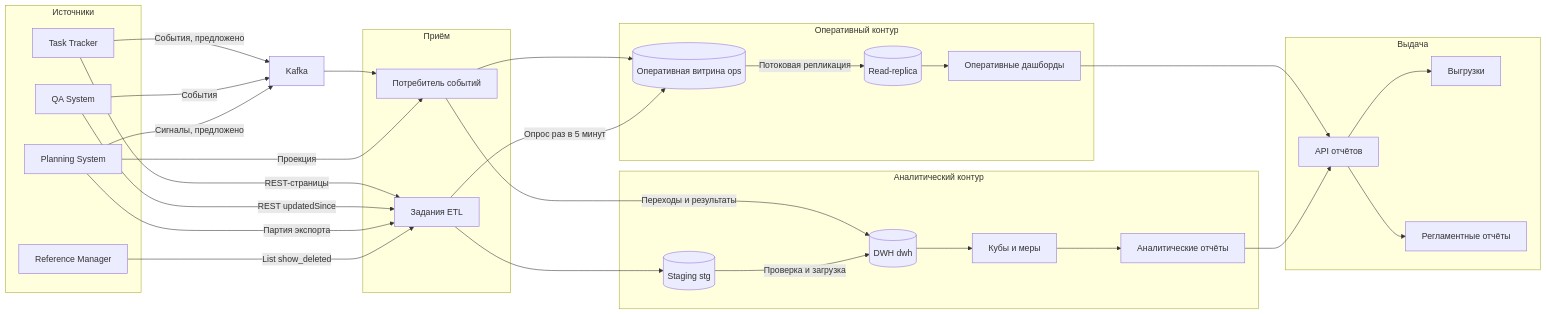
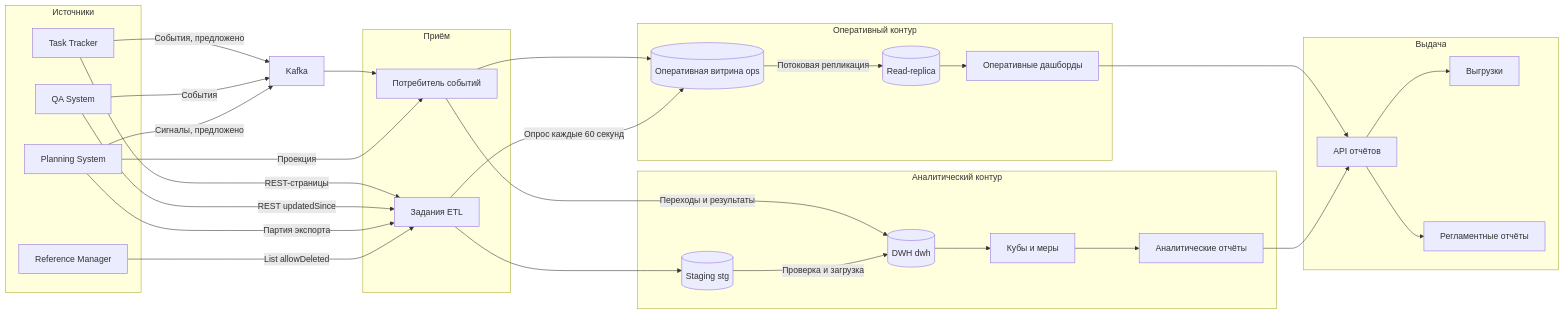
One commit to MEPhI-C22-501/arch-info-system-monorepo changed the first of 3 diagrams in reports/docs/146.logic-scheme.md. Above: the diagram before and after it, drawn with Mermaid. The commit also changed other lines of this file and 149 other files, not shown here.

````diff
--- a/reports/docs/146.logic-scheme.md
+++ b/reports/docs/146.logic-scheme.md
@@ -10,60 +10,60 @@
 ```mermaid
 flowchart LR
     subgraph SRC["Источники"]
         TT["Task Tracker"]
         PS["Planning System"]
         RM["Reference Manager"]
         QA["QA System"]
     end
     KF["Kafka"]
 
     subgraph IN["Приём"]
         CONS["Потребитель событий"]
         ETL["Задания ETL"]
     end
 
     subgraph OPSC["Оперативный контур"]
         OPS[("Оперативная витрина ops")]
         REPL[("Read-replica")]
         OD["Оперативные дашборды"]
     end
 
     subgraph ANLC["Аналитический контур"]
         STG[("Staging stg")]
         DWH[("DWH dwh")]
         CUBE["Кубы и меры"]
         AR["Аналитические отчёты"]
     end
 
     subgraph OUT["Выдача"]
         API["API отчётов"]
         EXP["Выгрузки"]
         SCH["Регламентные отчёты"]
     end
 
     TT -->|"События, предложено"| KF
     QA -->|"События"| KF
     PS -->|"Сигналы, предложено"| KF
     KF --> CONS
     TT -->|"REST-страницы"| ETL
     QA -->|"REST updatedSince"| ETL
     PS -->|"Партия экспорта"| ETL
     PS -->|"Проекция"| CONS
-    RM -->|"List show_deleted"| ETL
+    RM -->|"List allowDeleted"| ETL
 
     CONS --> OPS
-    ETL -->|"Опрос раз в 5 минут"| OPS
+    ETL -->|"Опрос каждые 60 секунд"| OPS
     OPS -->|"Потоковая репликация"| REPL
     REPL --> OD
 
     CONS -->|"Переходы и результаты"| DWH
     ETL --> STG
     STG -->|"Проверка и загрузка"| DWH
     DWH --> CUBE
     CUBE --> AR
 
     OD --> API
     AR --> API
     API --> EXP
     API --> SCH
 ```
````
